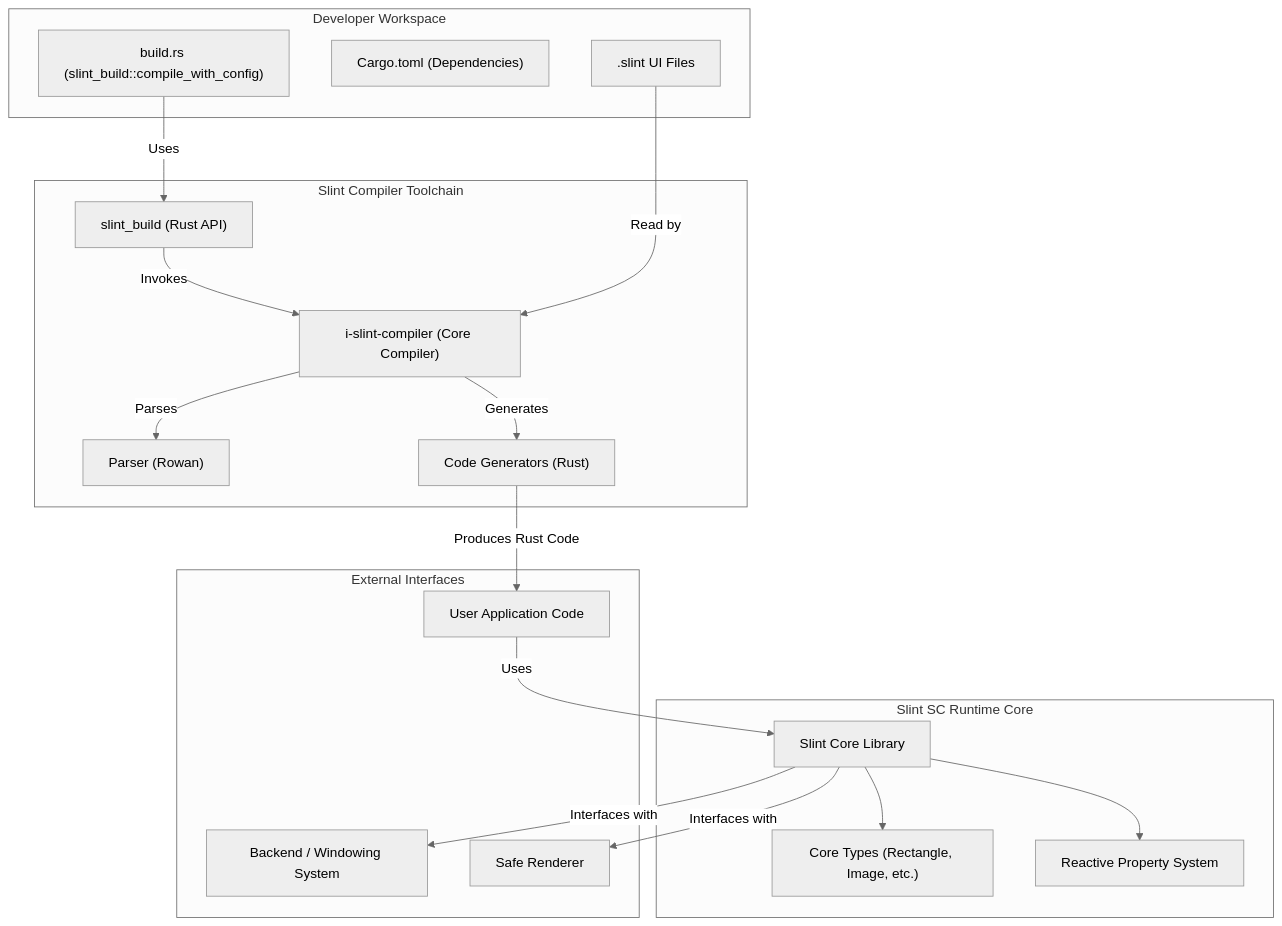
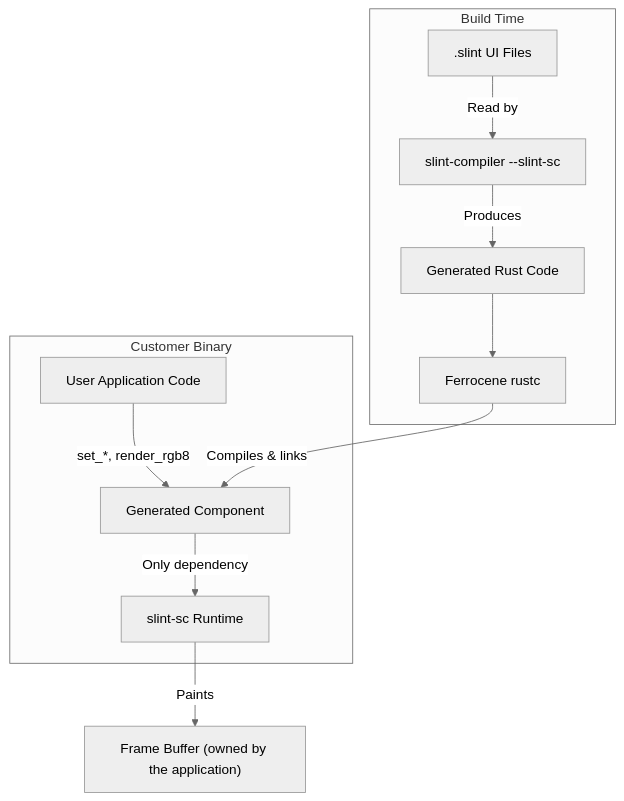
The first of 2 diagrams in docs/safety/src/content/docs/qualification-plan/architecture.mdx (slint-ui/slint), drawn with Mermaid (neutral theme) before and after one commit. The commit also changed other lines of this file and 1 other file, not shown here.

````diff
--- a/docs/safety/src/content/docs/qualification-plan/architecture.mdx
+++ b/docs/safety/src/content/docs/qualification-plan/architecture.mdx
@@ -53,41 +61,25 @@
 ```mermaid
 flowchart TD
-    subgraph Developer Workspace
+    subgraph Build Time
         SlintFiles[".slint UI Files"]
-        CargoToml["Cargo.toml (Dependencies)"]
-        BuildScript["build.rs (slint_build::compile_with_config)"]
+        Compiler["slint-compiler --slint-sc"]
+        Generated["Generated Rust Code"]
+        RustC["Ferrocene rustc"]
+
+        SlintFiles --> |Read by| Compiler
+        Compiler --> |Produces| Generated
+        Generated --> RustC
     end
 
-    subgraph Slint Compiler Toolchain
-        SlintBuild["slint_build (Rust API)"]
-        Compiler["i-slint-compiler (Core Compiler)"]
-        Parser["Parser (Rowan)"]
-        Generators["Code Generators (Rust)"]
+    subgraph Customer Binary
+        AppCode["User Application Code"]
+        Component["Generated Component"]
+        Runtime["slint-sc Runtime"]
 
-        SlintBuild --> |Invokes| Compiler
-        Compiler --> |Parses| Parser
-        Compiler --> |Generates| Generators
+        AppCode --> |set_*, render_rgb8| Component
+        Component --> |Only dependency| Runtime
     end
 
-    subgraph Slint SC Runtime Core
-        SlintCore["Slint Core Library"]
-        CoreTypes["Core Types (Rectangle, Image, etc.)"]
-        Properties["Reactive Property System"]
-
-        SlintCore --> CoreTypes
-        SlintCore --> Properties
-    end
-
-    subgraph External Interfaces
-        AppCode["User Application Code"]
-        Windowing["Backend / Windowing System"]
-        Renderer["Safe Renderer"]
-    end
-
-    BuildScript --> |Uses| SlintBuild
-    SlintFiles --> |Read by| Compiler
-    Generators --> |Produces Rust Code| AppCode
-    AppCode --> |Uses| SlintCore
-    SlintCore --> |Interfaces with| Windowing
-    SlintCore --> |Interfaces with| Renderer
+    RustC --> |Compiles & links| Component
+    Runtime --> |Paints| FrameBuffer["Frame Buffer (owned by the application)"]
 ```
````
